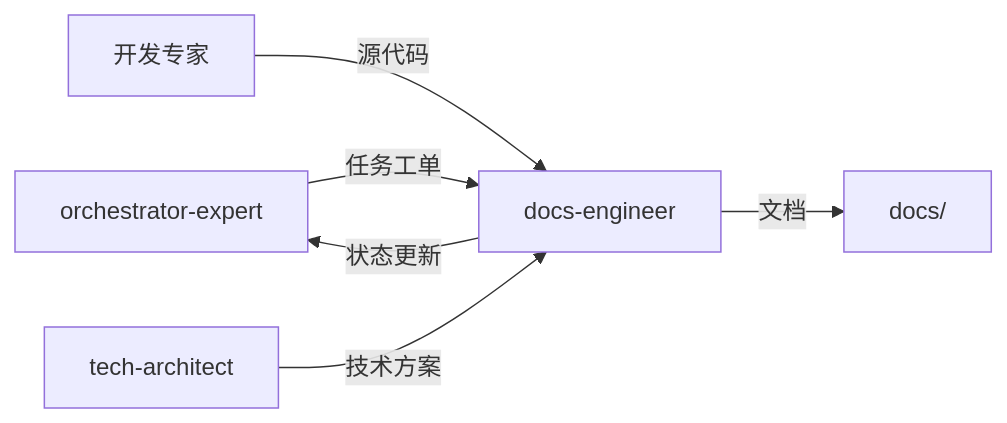
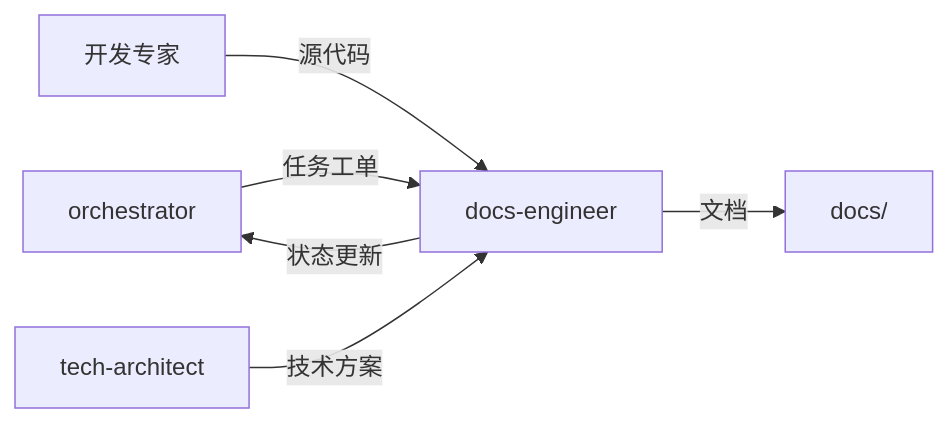
Before and after one commit to Tooooommy/Trae-Workflow: the diagram in skills/docs-engineer/SKILL.md, drawn with Mermaid. The commit also changed other lines of this file and 21 other files, not shown here.

First line of the commit message:
refactor(skills): rename orchestrator-expert to orchestrator and update paths

````diff
--- a/skills/docs-engineer/SKILL.md
+++ b/skills/docs-engineer/SKILL.md
@@ -80,8 +80,8 @@
 ```mermaid
 flowchart LR
-    A[orchestrator-expert] -->|任务工单| B[docs-engineer]
+    A[orchestrator] -->|任务工单| B[docs-engineer]
     C[开发专家] -->|源代码| B
     D[tech-architect] -->|技术方案| B
     B -->|文档| E[docs/]
     B -->|状态更新| A
 ```
````
